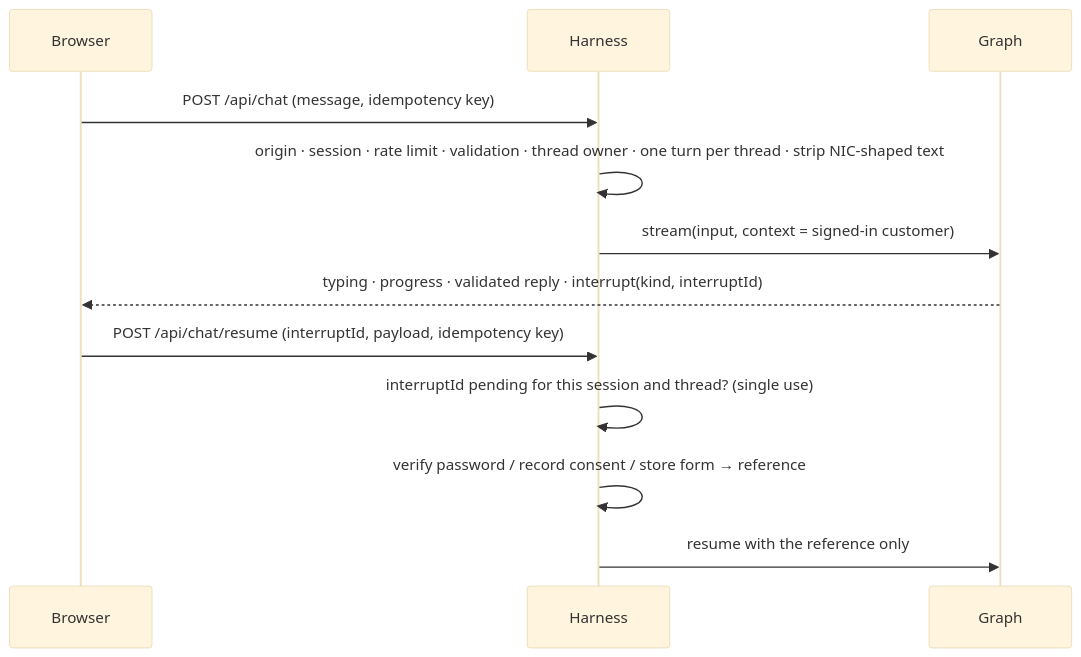
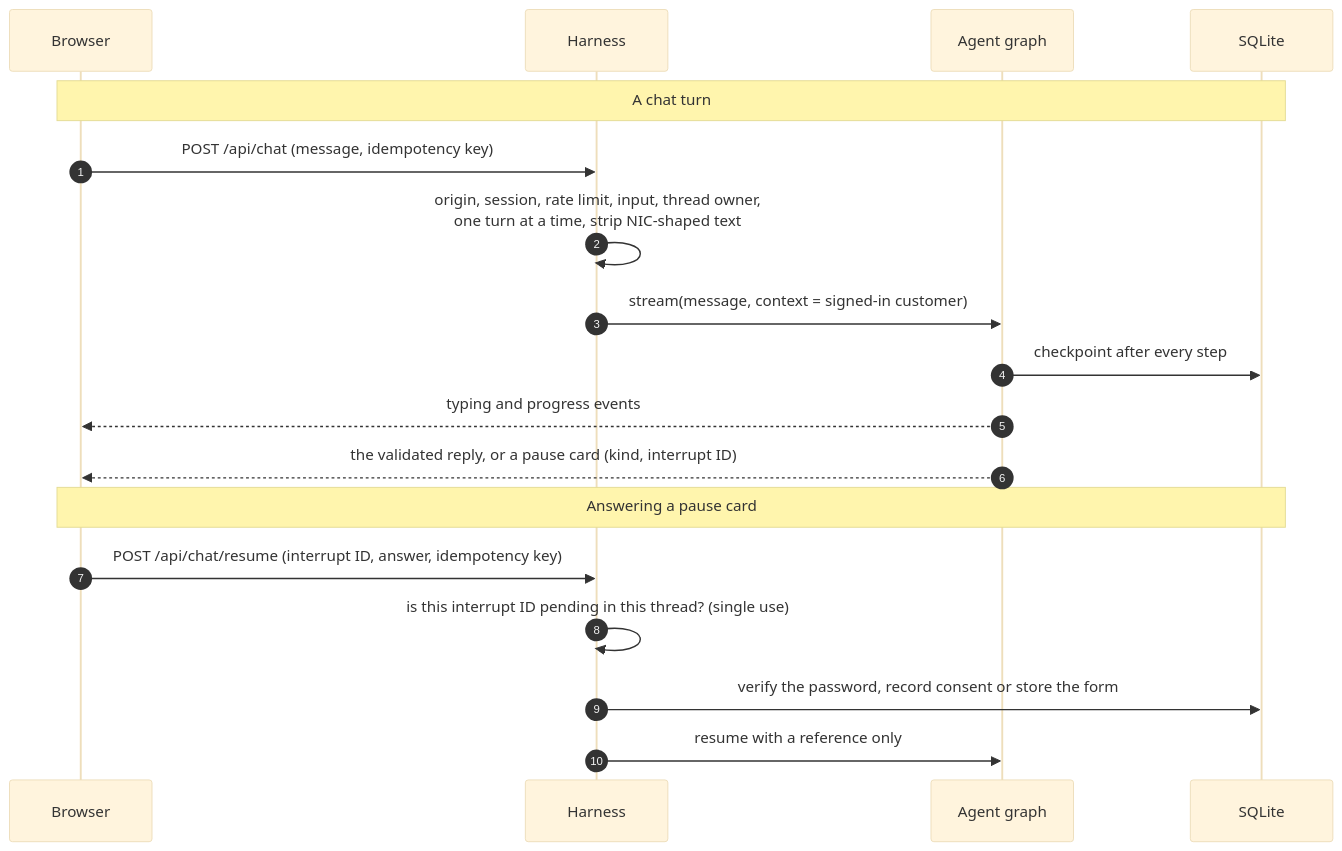
One commit to samitha9125/Kaya-Interview changed the fifth of 7 diagrams in docs/ARCHITECTURE.md. Above: the diagram before and after it, drawn with Mermaid (base theme). The commit also changed other lines of this file, not shown here.

First line of the commit message:
docs(architecture): redraw the diagrams so each tells one story

````diff
--- a/docs/ARCHITECTURE.md
+++ b/docs/ARCHITECTURE.md
@@ -131,14 +212,20 @@
 ```mermaid
 sequenceDiagram
+  autonumber
   participant B as Browser
   participant H as Harness
-  participant G as Graph
+  participant G as Agent graph
+  participant D as SQLite
+  Note over B,D: A chat turn
   B->>H: POST /api/chat (message, idempotency key)
-  H->>H: origin · session · rate limit · validation · thread owner · one turn per thread · strip NIC-shaped text
-  H->>G: stream(input, context = signed-in customer)
-  G-->>B: typing · progress · validated reply · interrupt(kind, interruptId)
-  B->>H: POST /api/chat/resume (interruptId, payload, idempotency key)
-  H->>H: interruptId pending for this session and thread? (single use)
-  H->>H: verify password / record consent / store form → reference
-  H->>G: resume with the reference only
+  H->>H: origin, session, rate limit, input, thread owner,<br/>one turn at a time, strip NIC-shaped text
+  H->>G: stream(message, context = signed-in customer)
+  G->>D: checkpoint after every step
+  G-->>B: typing and progress events
+  G-->>B: the validated reply, or a pause card (kind, interrupt ID)
+  Note over B,D: Answering a pause card
+  B->>H: POST /api/chat/resume (interrupt ID, answer, idempotency key)
+  H->>H: is this interrupt ID pending in this thread? (single use)
+  H->>D: verify the password, record consent or store the form
+  H->>G: resume with a reference only
 ```
````
